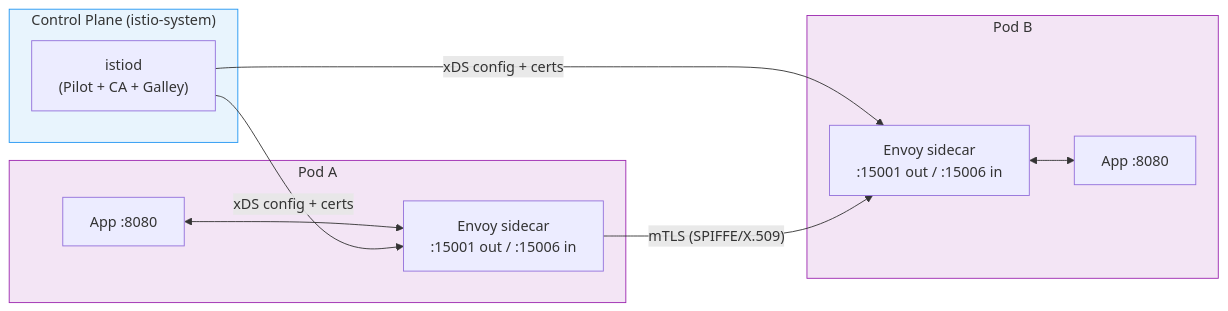
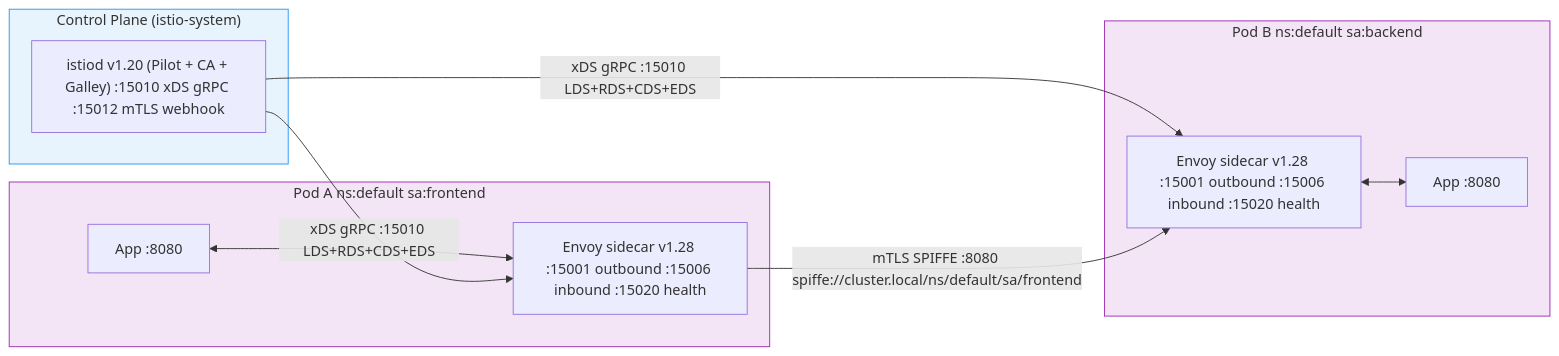
The first of 3 diagrams in lessons/21-service-mesh-istio.md (MykolaLebid/Kubernetes_networking_engineering), drawn with Mermaid before and after one commit. The commit also changed other lines of this file and 35 other files, not shown here.

First line of the commit message:
Restructure all 34 lessons: Theory/Practice split, richer diagrams, industry examples, navigation

````diff
--- a/lessons/21-service-mesh-istio.md
+++ b/lessons/21-service-mesh-istio.md
@@ -33,26 +18,26 @@
 ```mermaid
 flowchart LR
     subgraph ClusterControl["Control Plane (istio-system)"]
-        istiod["istiod\n(Pilot + CA + Galley)"]
+        istiod["istiod v1.20 (Pilot + CA + Galley) :15010 xDS gRPC :15012 mTLS webhook"]
     end
 
-    subgraph PodA["Pod A"]
+    subgraph PodA["Pod A ns:default sa:frontend"]
         appA["App :8080"]
-        envoyA["Envoy sidecar\n:15001 out / :15006 in"]
+        envoyA["Envoy sidecar v1.28 :15001 outbound :15006 inbound :15020 health"]
         appA <--> envoyA
     end
 
-    subgraph PodB["Pod B"]
+    subgraph PodB["Pod B ns:default sa:backend"]
         appB["App :8080"]
-        envoyB["Envoy sidecar\n:15001 out / :15006 in"]
+        envoyB["Envoy sidecar v1.28 :15001 outbound :15006 inbound :15020 health"]
         envoyB <--> appB
     end
 
-    istiod -- "xDS config + certs" --> envoyA
-    istiod -- "xDS config + certs" --> envoyB
-    envoyA -- "mTLS (SPIFFE/X.509)" --> envoyB
+    istiod --"xDS gRPC :15010 LDS+RDS+CDS+EDS"--> envoyA
+    istiod --"xDS gRPC :15010 LDS+RDS+CDS+EDS"--> envoyB
+    envoyA --"mTLS SPIFFE :8080 spiffe://cluster.local/ns/default/sa/frontend"--> envoyB
 
     style ClusterControl fill:#e8f4fd,stroke:#2196F3
     style PodA fill:#f3e5f5,stroke:#9C27B0
     style PodB fill:#f3e5f5,stroke:#9C27B0
 ```
````
